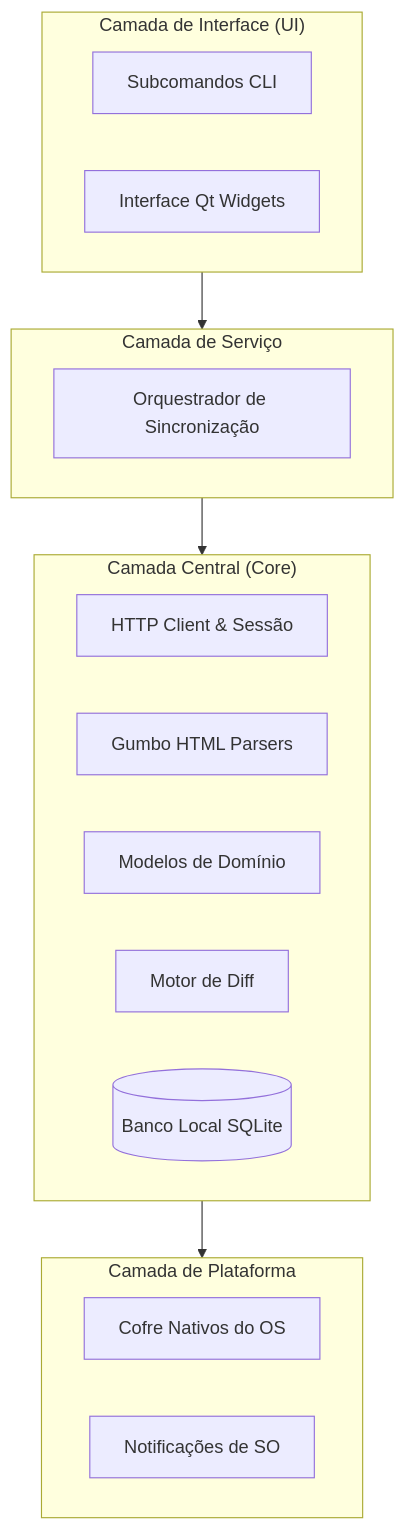
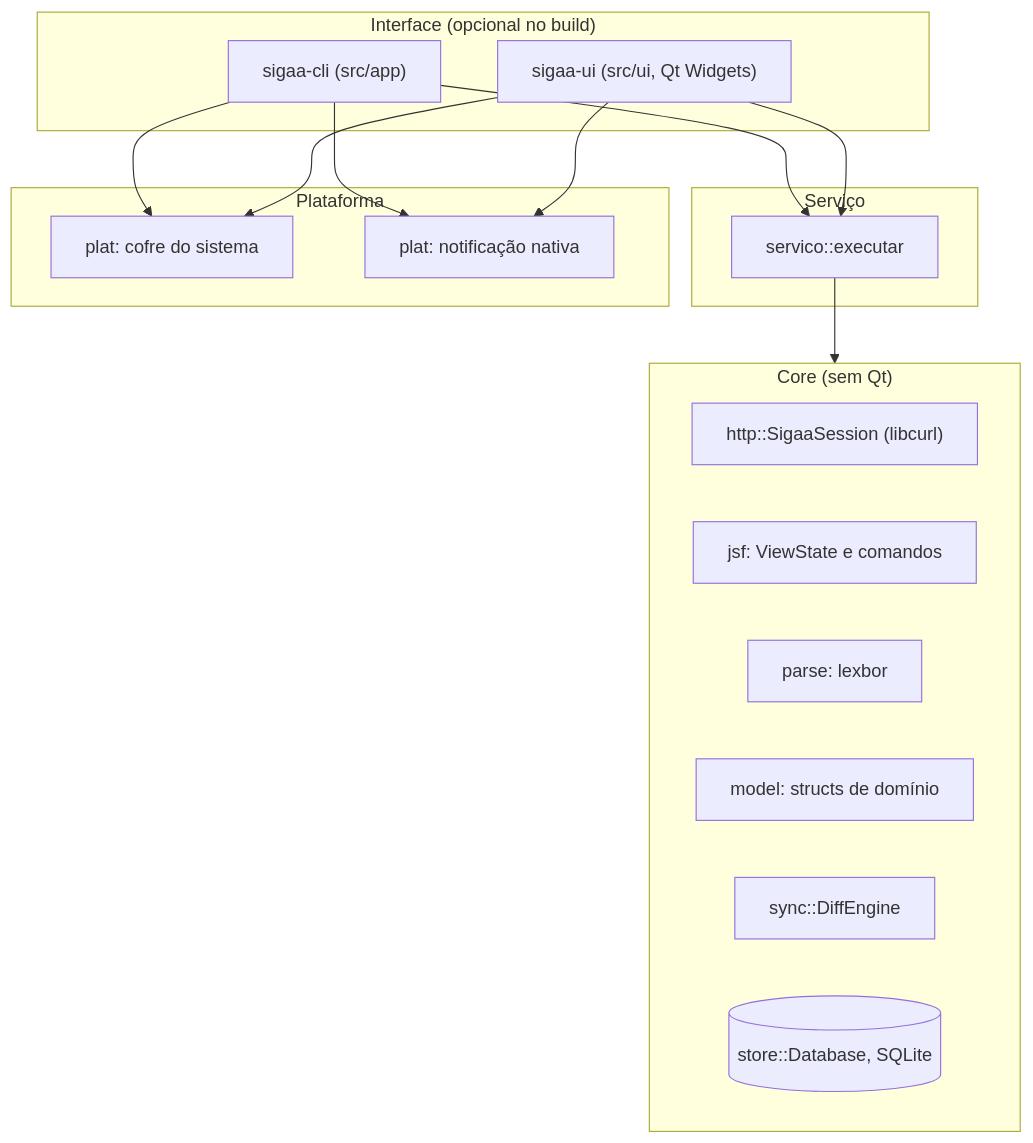
The first of 4 diagrams in wiki/Arquitetura.md (matheus-fsc/Sigaa-Desktop-Viewer), drawn with Mermaid before and after one commit. The commit also changed other lines of this file and 8 other files, not shown here.

````diff
--- a/wiki/Arquitetura.md
+++ b/wiki/Arquitetura.md
@@ -38,28 +41,33 @@
 ```mermaid
 flowchart TD
-    subgraph UI ["Camada de Interface (UI)"]
-        CLI[Subcomandos CLI]
-        GUI[Interface Qt Widgets]
+    subgraph UI ["Interface (opcional no build)"]
+        CLI["sigaa-cli (src/app)"]
+        GUI["sigaa-ui (src/ui, Qt Widgets)"]
     end
 
-    subgraph Service ["Camada de Serviço"]
-        Orchestrator[Orquestrador de Sincronização]
+    subgraph Service ["Serviço"]
+        Orq["servico::executar"]
     end
 
-    subgraph Core ["Camada Central (Core)"]
-        HTTP[HTTP Client & Sessão]
-        Parsers[Gumbo HTML Parsers]
-        Domain[Modelos de Domínio]
-        Diff[Motor de Diff]
-        Store[(Banco Local SQLite)]
+    subgraph Core ["Core (sem Qt)"]
+        HTTP["http::SigaaSession (libcurl)"]
+        Jsf["jsf: ViewState e comandos"]
+        Parsers["parse: lexbor"]
+        Domain["model: structs de domínio"]
+        Diff["sync::DiffEngine"]
+        Store[("store::Database, SQLite")]
     end
 
-    subgraph Platform ["Camada de Plataforma"]
-        Vault[Cofre Nativos do OS]
-        Notif[Notificações de SO]
+    subgraph Platform ["Plataforma"]
+        Vault["plat: cofre do sistema"]
+        Notif["plat: notificação nativa"]
     end
 
-    UI --> Service
-    Service --> Core
-    Core --> Platform
+    CLI --> Orq
+    GUI --> Orq
+    Orq --> Core
+    CLI --> Vault
+    GUI --> Vault
+    CLI --> Notif
+    GUI --> Notif
 ```
````
